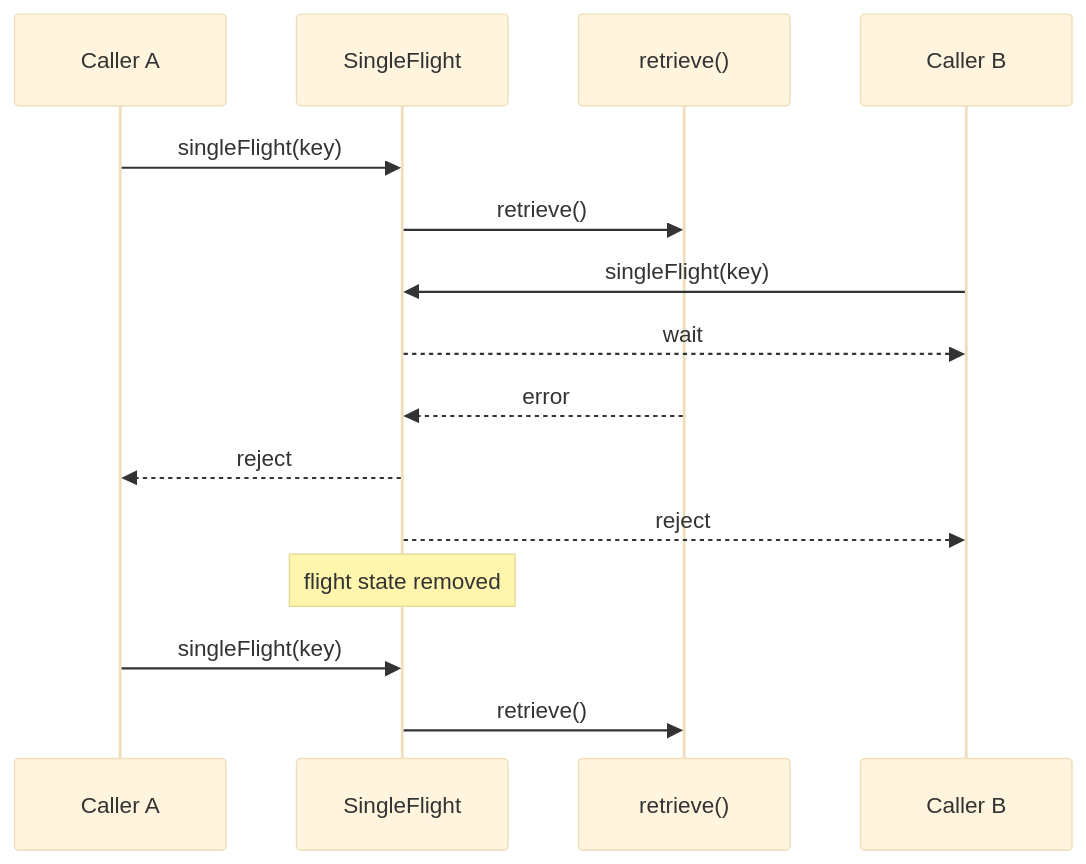
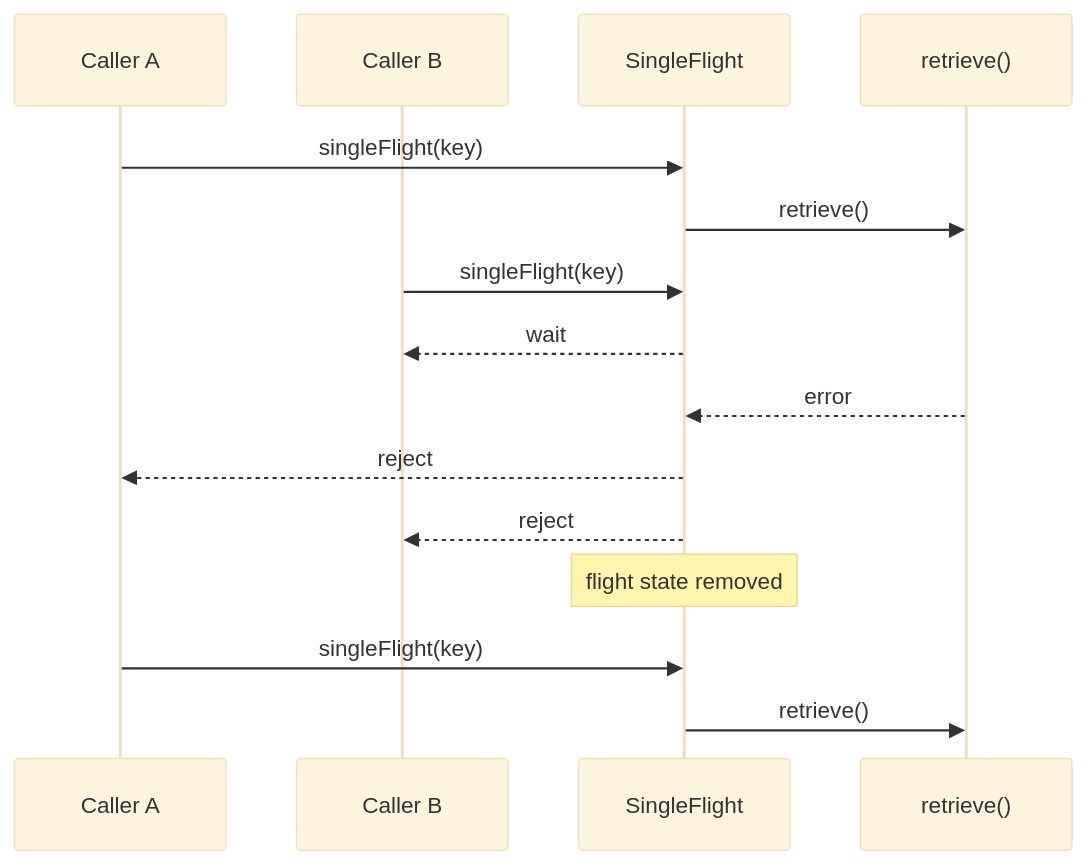
Before and after one commit to shinka-rpc/shinka-js: the seventh of 8 diagrams in docs/scenarios/single-flight.md, drawn with Mermaid (base theme). The commit also changed other lines of this file and 2 other files, not shown here.

Commit message:
Fix mermaid diagrams

````diff
--- a/docs/scenarios/single-flight.md
+++ b/docs/scenarios/single-flight.md
@@ -395,22 +395,22 @@
 ```mermaid
 sequenceDiagram
     participant A as Caller A
+    participant B as Caller B
     participant F as SingleFlight
     participant R as retrieve()
-    participant B as Caller B
 
     A->>F: singleFlight(key)
     F->>R: retrieve()
 
     B->>F: singleFlight(key)
     F-->>B: wait
 
     R-->>F: error
     F-->>A: reject
     F-->>B: reject
 
     Note over F: flight state removed
 
     A->>F: singleFlight(key)
     F->>R: retrieve()
 ```
````
